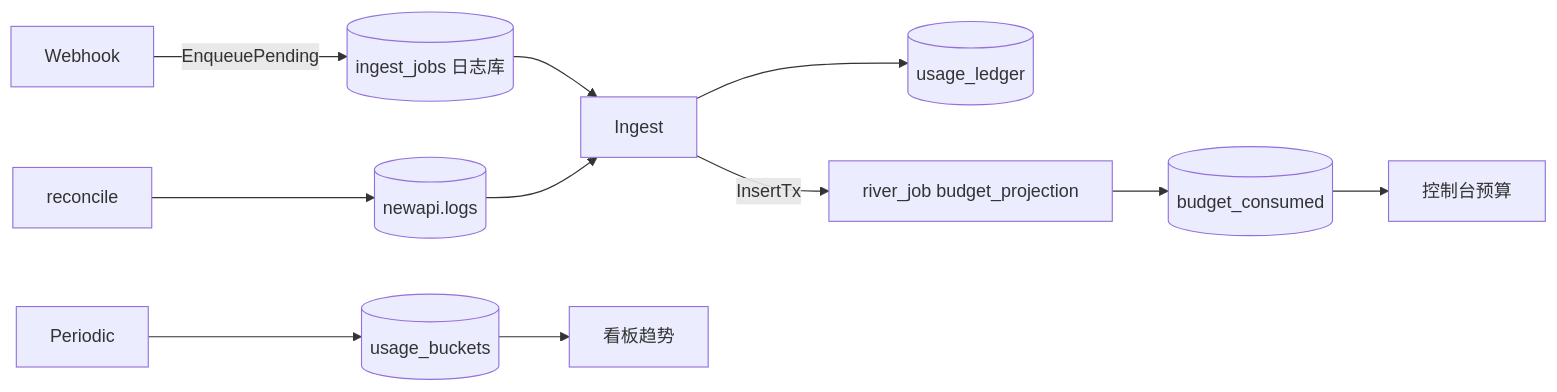
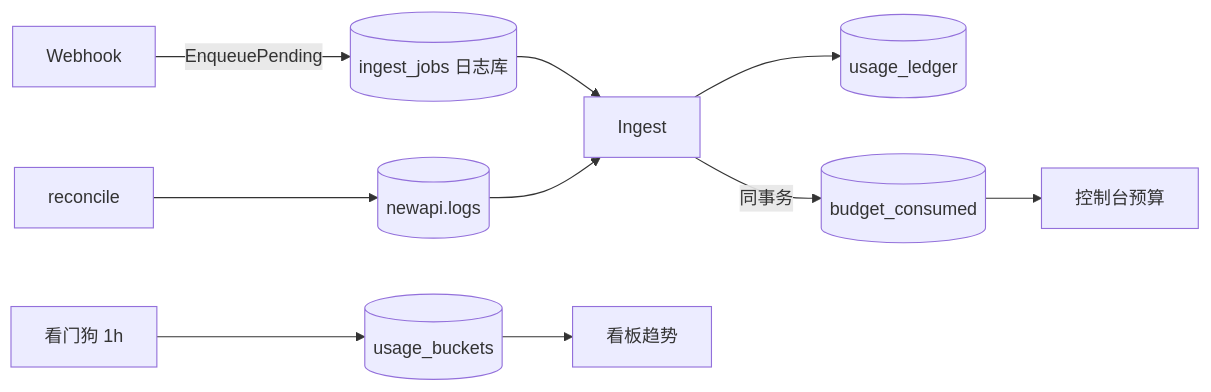
One commit to quyip8818/mytokenjoy changed the sixth of 7 diagrams in docs/Backend-存储架构.md. Above: the diagram before and after it, drawn with Mermaid. The commit also changed other lines of this file and 17 other files, not shown here.

````diff
--- a/docs/Backend-存储架构.md
+++ b/docs/Backend-存储架构.md
@@ -170,12 +169,11 @@
 ```mermaid
 flowchart LR
   WH[Webhook] -->|EnqueuePending| Q[(ingest_jobs 日志库)]
   Q --> ING[Ingest]
   RC[reconcile] --> NLG[(newapi.logs)] --> ING
   ING --> UL[(usage_ledger)]
-  ING -->|InsertTx| RJ[river_job budget_projection]
-  RJ --> BC[(budget_consumed)]
-  PER[Periodic] --> UB[(usage_buckets)]
+  ING -->|同事务| BC[(budget_consumed)]
+  WD[看门狗 1h] --> UB[(usage_buckets)]
   BC --> DASH[控制台预算]
   UB --> DASH2[看板趋势]
 ```
````
